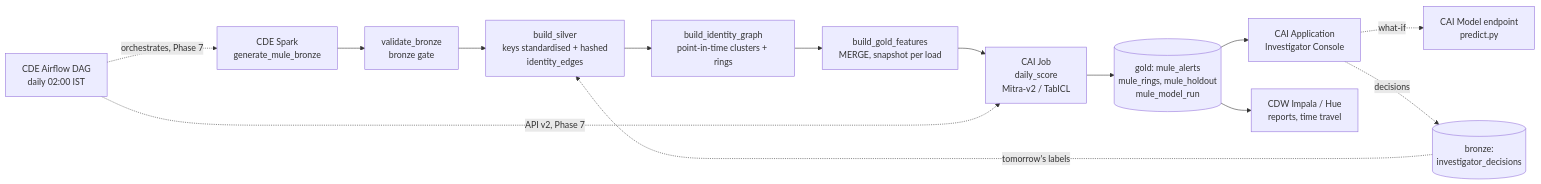
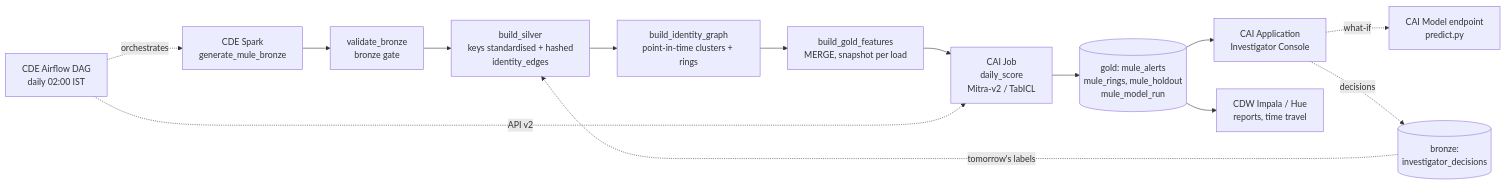
The diagram in README.md (partomia/Mule-Account-Identifier), drawn with Mermaid before and after one commit. The commit also changed other lines of this file and 7 other files, not shown here.

````diff
--- a/README.md
+++ b/README.md
@@ -18,16 +18,16 @@
 ```mermaid
 flowchart LR
   A[CDE Spark<br/>generate_mule_bronze] --> B[validate_bronze<br/>bronze gate]
   B --> C[build_silver<br/>keys standardised + hashed<br/>identity_edges]
   C --> D[build_identity_graph<br/>point-in-time clusters + rings]
   D --> E[build_gold_features<br/>MERGE, snapshot per load]
   E --> F[CAI Job<br/>daily_score<br/>Mitra-v2 / TabICL]
   F --> G[(gold: mule_alerts<br/>mule_rings, mule_holdout<br/>mule_model_run)]
   G --> H[CAI Application<br/>Investigator Console]
   G --> I[CDW Impala / Hue<br/>reports, time travel]
   H -. what-if .-> J[CAI Model endpoint<br/>predict.py]
   H -. decisions .-> K[(bronze:<br/>investigator_decisions)]
   K -. tomorrow's labels .-> C
-  AF[CDE Airflow DAG<br/>daily 02:00 IST] -. orchestrates, Phase 7 .-> A
-  AF -. API v2, Phase 7 .-> F
+  AF[CDE Airflow DAG<br/>daily 02:00 IST] -. orchestrates .-> A
+  AF -. API v2 .-> F
 ```
````
